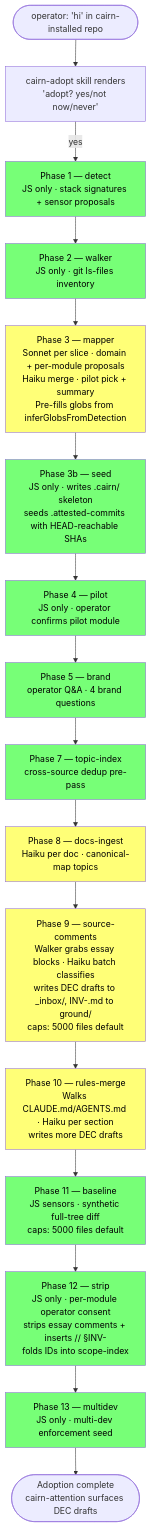
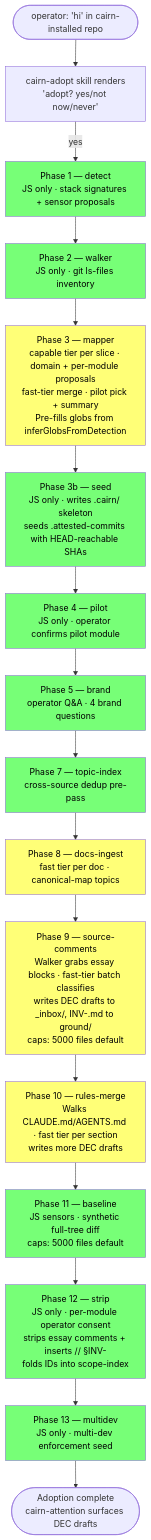
Before and after one commit to isaacriehm/cairn: the second of 3 diagrams in docs/SYSTEM_OVERVIEW.md, drawn with Mermaid. The commit also changed other lines of this file and 141 other files, not shown here.

````diff
--- a/docs/SYSTEM_OVERVIEW.md
+++ b/docs/SYSTEM_OVERVIEW.md
@@ -102,23 +100,23 @@
 ```mermaid
 flowchart TD
   Start([operator: 'hi' in cairn-installed repo]) --> Skill[cairn-adopt skill renders<br/>'adopt? yes/not now/never']
   Skill -->|yes| P1[Phase 1 — detect<br/>JS only · stack signatures + sensor proposals]
   P1 --> P2[Phase 2 — walker<br/>JS only · git ls-files inventory]
-  P2 --> P3[Phase 3 — mapper<br/>Sonnet per slice · domain + per-module proposals<br/>Haiku merge · pilot pick + summary<br/>Pre-fills globs from inferGlobsFromDetection]
+  P2 --> P3[Phase 3 — mapper<br/>capable tier per slice · domain + per-module proposals<br/>fast-tier merge · pilot pick + summary<br/>Pre-fills globs from inferGlobsFromDetection]
   P3 --> P3b[Phase 3b — seed<br/>JS only · writes .cairn/ skeleton<br/>seeds .attested-commits with HEAD-reachable SHAs]
   P3b --> P4[Phase 4 — pilot<br/>JS only · operator confirms pilot module]
   P4 --> P5[Phase 5 — brand<br/>operator Q&A · 4 brand questions]
   P5 --> P7[Phase 7 — topic-index<br/>cross-source dedup pre-pass]
-  P7 --> P8[Phase 8 — docs-ingest<br/>Haiku per doc · canonical-map topics]
-  P8 --> P9[Phase 9 — source-comments<br/>Walker grabs essay blocks · Haiku batch classifies<br/>writes DEC drafts to _inbox/, INV-<hash>.md to ground/<br/>caps: 5000 files default]
-  P9 --> P10[Phase 10 — rules-merge<br/>Walks CLAUDE.md/AGENTS.md · Haiku per section<br/>writes more DEC drafts]
+  P7 --> P8[Phase 8 — docs-ingest<br/>fast tier per doc · canonical-map topics]
+  P8 --> P9[Phase 9 — source-comments<br/>Walker grabs essay blocks · fast-tier batch classifies<br/>writes DEC drafts to _inbox/, INV-<hash>.md to ground/<br/>caps: 5000 files default]
+  P9 --> P10[Phase 10 — rules-merge<br/>Walks CLAUDE.md/AGENTS.md · fast tier per section<br/>writes more DEC drafts]
   P10 --> P11[Phase 11 — baseline<br/>JS sensors · synthetic full-tree diff<br/>caps: 5000 files default]
   P11 --> P12[Phase 12 — strip<br/>JS only · per-module operator consent<br/>strips essay comments + inserts // §INV-<hash><br/>folds IDs into scope-index]
   P12 --> P13[Phase 13 — multidev<br/>JS only · multi-dev enforcement seed]
   P13 --> Done([Adoption complete<br/>cairn-attention surfaces DEC drafts])
 
   classDef llm fill:#ff7,color:#000
   classDef det fill:#7f7,color:#000
   class P1,P2,P3b,P4,P5,P7,P11,P12,P13 det
   class P3,P8,P9,P10 llm
 ```
````
